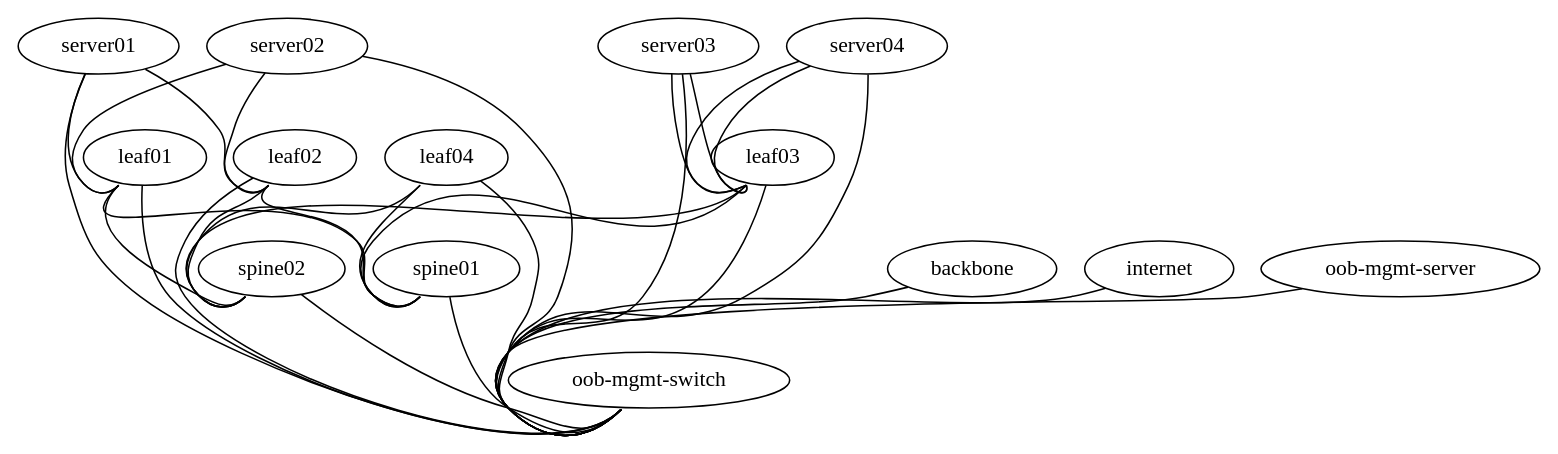
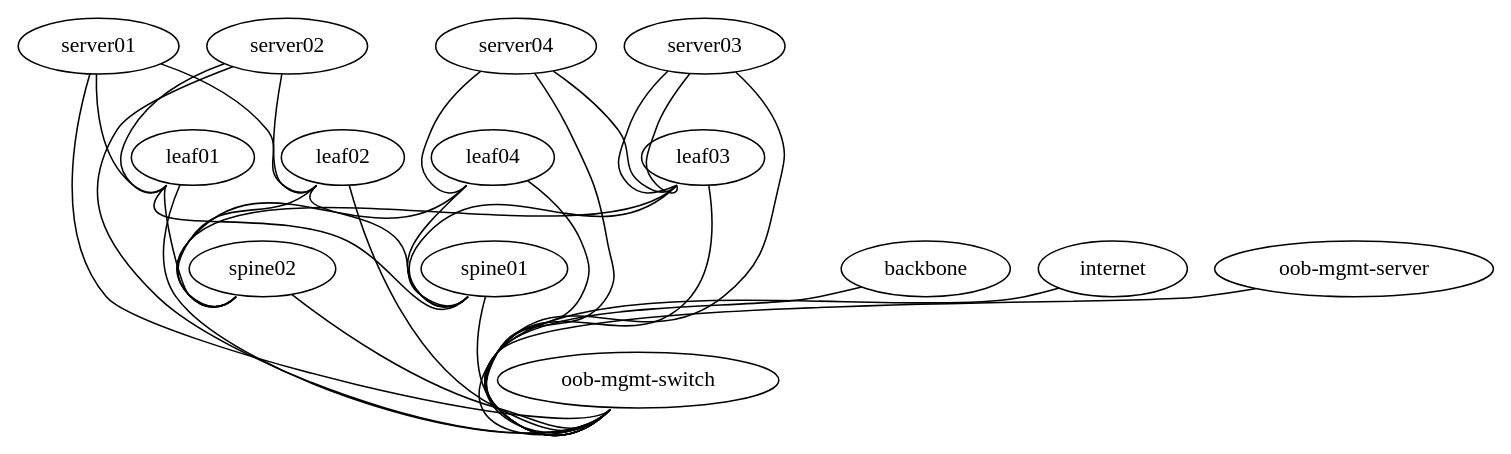
The diagram in topology.dot (laquiante/OpenNetworking-004), drawn with Graphviz before and after one commit.

Commit message:
Update topology.dot
fixed leaf03 swp

```diff
--- a/topology.dot
+++ b/topology.dot
@@ -1,65 +1,65 @@
 graph vx {
 
  "spine01" [function="spine" os="CumulusCommunity/cumulus-vx" version="3.7.11" memory="768" config="./helper_scripts/config_switch.sh" ]
  "leaf01" [function="leaf" os="CumulusCommunity/cumulus-vx" version="3.7.11" memory="768" config="./helper_scripts/config_switch.sh" ]
  "leaf02" [function="leaf" os="CumulusCommunity/cumulus-vx" version="3.7.11" memory="768" config="./helper_scripts/config_switch.sh" ]
 
  "spine02" [function="spine" os="CumulusCommunity/cumulus-vx" version="3.7.11" memory="768" config="./helper_scripts/config_switch.sh" ]
  "leaf03" [function="leaf" os="CumulusCommunity/cumulus-vx" version="3.7.11" memory="768" config="./helper_scripts/config_switch.sh" ]
  "leaf04" [function="leaf" os="CumulusCommunity/cumulus-vx" version="3.7.11" memory="768" config="./helper_scripts/config_switch.sh" ]
 
  "server01" [function="host" os="yk0/ubuntu-xenial" memory="512" config="./helper_scripts/config_server.sh" ]
  "server02" [function="host" os="yk0/ubuntu-xenial" memory="512" config="./helper_scripts/config_server.sh" ]
  "server03" [function="host" os="yk0/ubuntu-xenial" memory="512" config="./helper_scripts/config_server.sh" ]
  "server04" [function="host" os="yk0/ubuntu-xenial" memory="512" config="./helper_scripts/config_server.sh" ]
 
  "backbone" [function="leaf" os="CumulusCommunity/cumulus-vx" version="3.7.11" memory="768" config="./helper_scripts/config_switch.sh" ]
  "internet" [function="host" os="yk0/ubuntu-xenial" memory="512" config="./helper_scripts/config_server.sh" ]
 
  "oob-mgmt-switch" [function="oob-switch" vagrant="eth0" os="CumulusCommunity/cumulus-vx" version="3.7.11" memory="768" config="./helper_scripts/config_oob_switch.sh" ]
  "oob-mgmt-server" [function="oob-server" vagrant="eth0" os="CumulusCommunity/vx_oob_server" version="1.0.4" memory="1024" config="./helper_scripts/config_oob_server.sh" ]
 
  "leaf01":"swp51" -- "spine01":"swp1"
  "leaf01":"swp52" -- "spine02":"swp1"
  
  "server01":"eth1" -- "leaf01":"swp1" [left_mac="00:00:01:11:11:01"]
  "server01":"eth2" -- "leaf02":"swp1" [left_mac="00:00:01:11:11:02"]
 
  "leaf02":"swp51" -- "spine01":"swp2"
  "leaf02":"swp52" -- "spine02":"swp2"
  
  "server02":"eth1" -- "leaf01":"swp2" [left_mac="00:00:01:11:11:03"]
  "server02":"eth1" -- "leaf02":"swp2" [left_mac="00:00:01:11:11:04"]
 
  "leaf03":"swp51" -- "spine01":"swp3"
  "leaf03":"swp52" -- "spine02":"swp3"
  
  "server03":"eth1" -- "leaf03":"swp1" [left_mac="00:00:01:11:11:05"]
  "server03":"eth2" -- "leaf03":"swp1" [left_mac="00:00:01:11:11:06"]
  
  "leaf04":"swp51" -- "spine01":"swp4"
  "leaf04":"swp52" -- "spine02":"swp4"
 
  "server04":"eth1" -- "leaf03":"swp1" [left_mac="00:00:01:11:11:05"]
- "server04":"eth2" -- "leaf03":"swp1" [left_mac="00:00:01:11:11:06"]
+ "server04":"eth2" -- "leaf04":"swp1" [left_mac="00:00:01:11:11:06"]
  
  "oob-mgmt-server":"eth1" -- "oob-mgmt-switch":"swp1" [right_mac="a0:00:00:00:00:61"]
 
  "server01":"eth0" -- "oob-mgmt-switch":"swp2" [left_mac="a0:00:00:00:00:31"]
  "server02":"eth0" -- "oob-mgmt-switch":"swp3" [left_mac="a0:00:00:00:00:32"]
  "server03":"eth0" -- "oob-mgmt-switch":"swp4" [left_mac="a0:00:00:00:00:33"]
  "server04":"eth0" -- "oob-mgmt-switch":"swp5" [left_mac="a0:00:00:00:00:34"]
  
   "internet":"eth0" -- "oob-mgmt-switch":"swp6" [left_mac="a0:00:00:00:00:35"]
 
  "leaf01":"eth0" -- "oob-mgmt-switch":"swp7" [left_mac="a0:00:00:00:00:11"]
  "leaf02":"eth0" -- "oob-mgmt-switch":"swp8" [left_mac="a0:00:00:00:00:12"]
  "leaf03":"eth0" -- "oob-mgmt-switch":"swp9" [left_mac="a0:00:00:00:00:13"]
  "leaf04":"eth0" -- "oob-mgmt-switch":"swp10" [left_mac="a0:00:00:00:00:14"]
  
  "backbone":"eth0" -- "oob-mgmt-switch":"swp11" [left_mac="a0:00:00:00:00:15"]
  
  
  "spine01":"eth0" -- "oob-mgmt-switch":"swp12" [left_mac="a0:00:00:00:00:21"]
  "spine02":"eth0" -- "oob-mgmt-switch":"swp13" [left_mac="a0:00:00:00:00:22"]
 }
```
